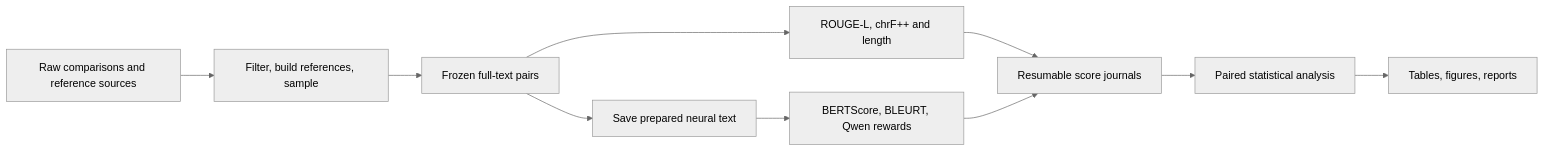
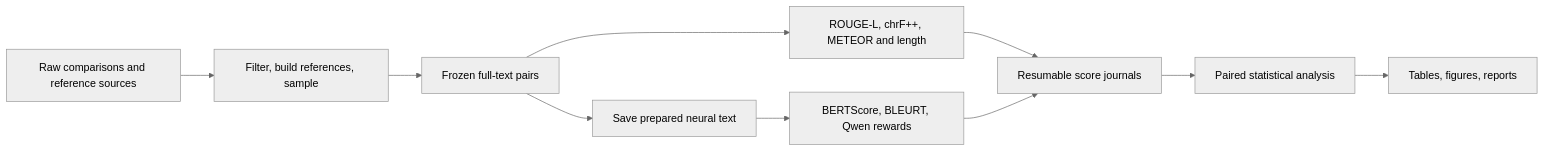
One commit to JakobJBauer/non-verifiable-rewards changed the diagram in docs/technical_overview.md. Above: the diagram before and after it, drawn with Mermaid (neutral theme). The commit also changed other lines of this file and 13 other files, not shown here.

````diff
--- a/docs/technical_overview.md
+++ b/docs/technical_overview.md
@@ -42,12 +42,12 @@
 ```mermaid
 flowchart LR
     A[Raw comparisons and reference sources] --> B[Filter, build references, sample]
     B --> C[Frozen full-text pairs]
-    C --> D[ROUGE-L, chrF++ and length]
+    C --> D[ROUGE-L, chrF++, METEOR and length]
     C --> E[Save prepared neural text]
     E --> F[BERTScore, BLEURT, Qwen rewards]
     D --> G[Resumable score journals]
     F --> G
     G --> H[Paired statistical analysis]
     H --> I[Tables, figures, reports]
 ```
````
